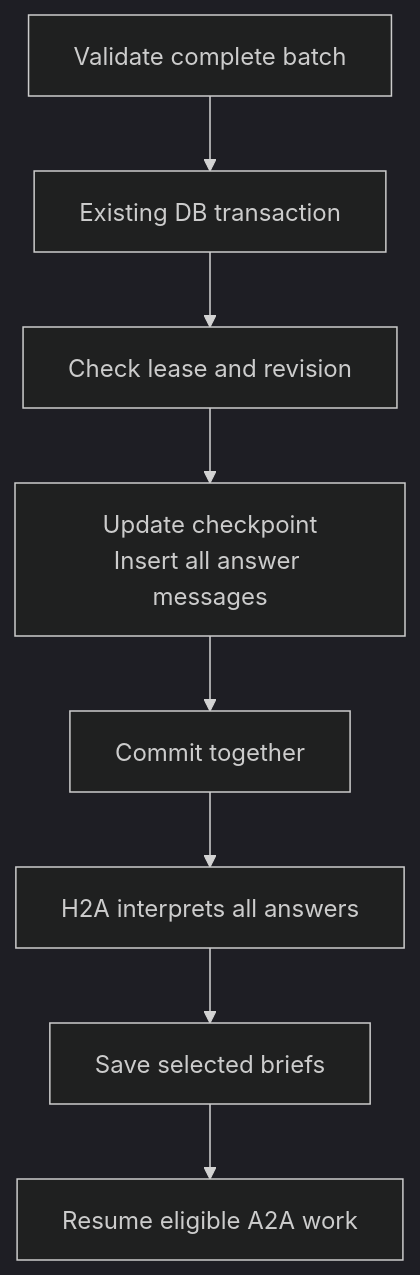
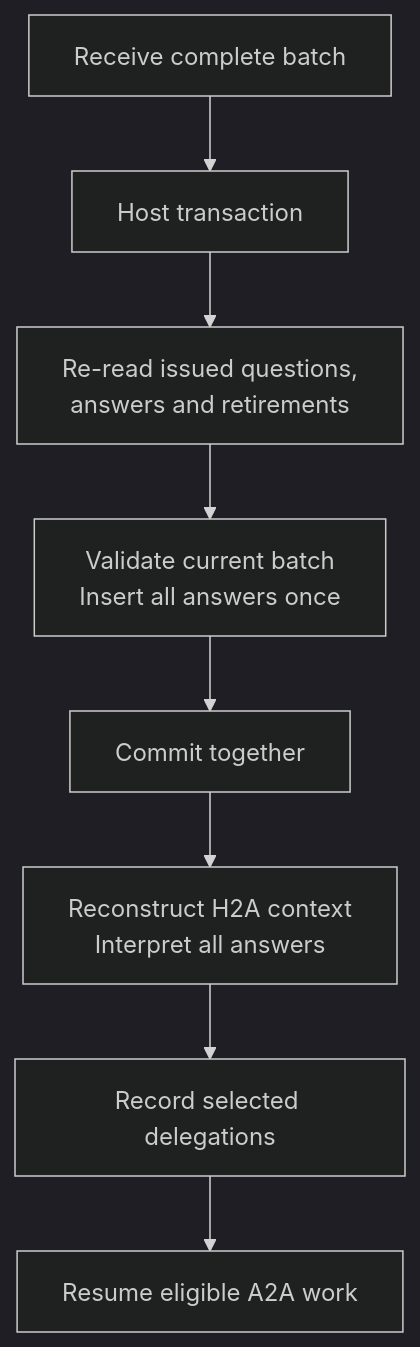
One commit to indexnetwork/index changed the diagram in docs/agent-enhancement/spec.md. Above: the diagram before and after it, drawn with Mermaid (dark theme). The commit also changed other lines of this file and 9 other files, not shown here.

Commit message:
docs(agent): reconstruct runtime context from durable records

````diff
--- a/docs/agent-enhancement/spec.md
+++ b/docs/agent-enhancement/spec.md
@@ -80,10 +83,10 @@
 ```mermaid
 flowchart TD
-    V["Validate complete batch"] --> T["Existing DB transaction"]
-    T --> F["Check lease and revision"]
-    F --> S["Update checkpoint<br/>Insert all answer messages"]
+    V["Receive complete batch"] --> T["Host transaction"]
+    T --> F["Re-read issued questions,<br/>answers and retirements"]
+    F --> S["Validate current batch<br/>Insert all answers once"]
     S --> C["Commit together"]
-    C --> H["H2A interprets all answers"]
-    H --> B["Save selected briefs"]
+    C --> H["Reconstruct H2A context<br/>Interpret all answers"]
+    H --> B["Record selected delegations"]
     B --> R["Resume eligible A2A work"]
 ```
````
